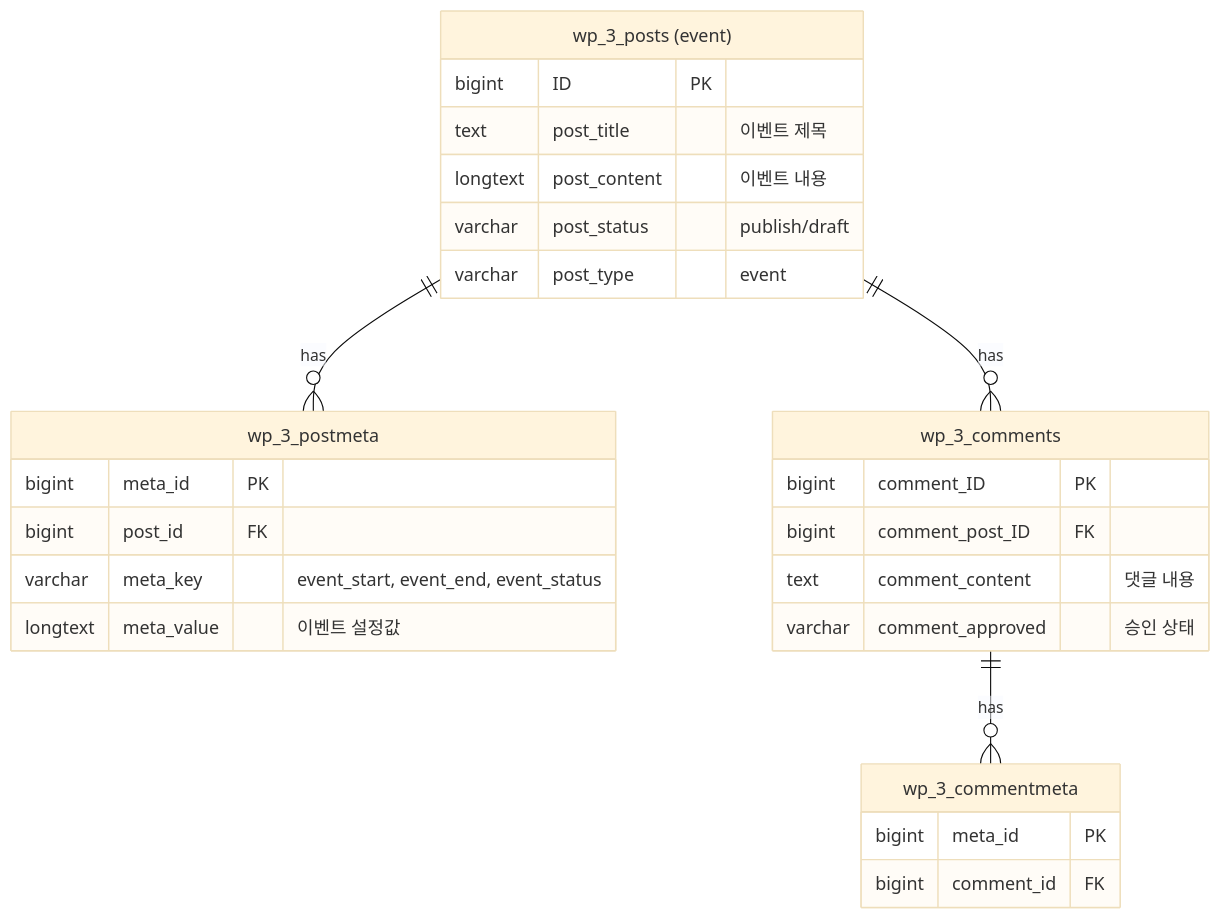
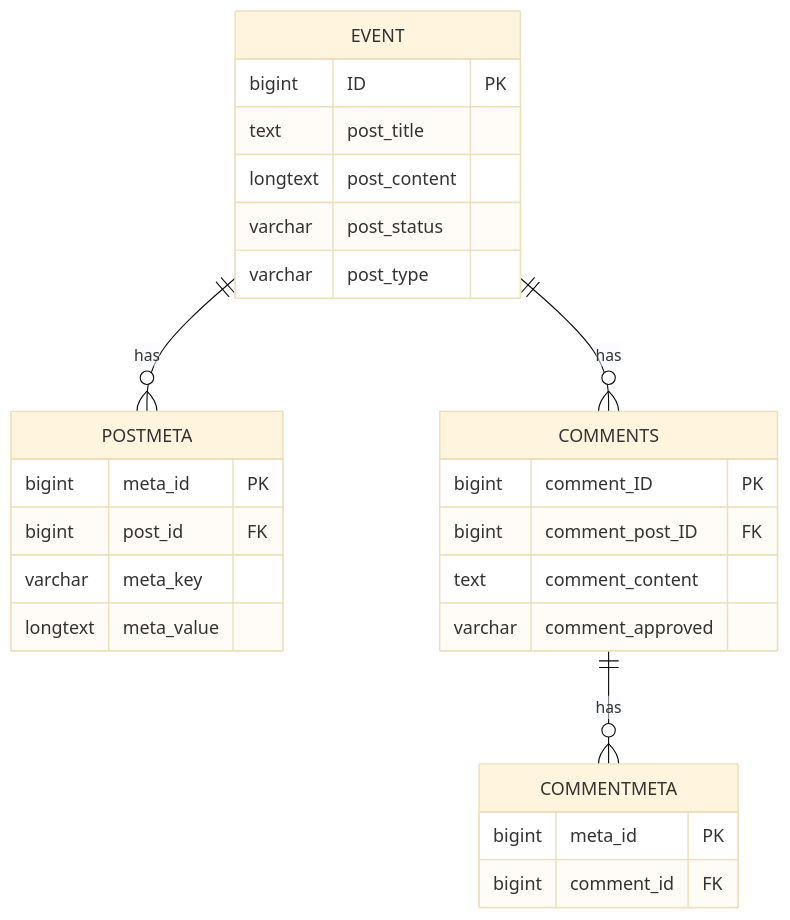
The fourth of 15 diagrams in src/content/docs/samhwa-musuem/specification/04-DB-ERD.md (sknkwoxs/manual-book), drawn with Mermaid (base theme) before and after one commit. The commit also changed other lines of this file and 16 other files, not shown here.

First line of the commit message:
docs(samhwa-musuem): add numbering system, update archive docs, fix mermaid ERD

````diff
--- a/src/content/docs/samhwa-musuem/specification/04-DB-ERD.md
+++ b/src/content/docs/samhwa-musuem/specification/04-DB-ERD.md
@@ -172,33 +168,33 @@
 ```mermaid
 erDiagram
     EVENT ||--o{ POSTMETA : "has"
     EVENT ||--o{ COMMENTS : "has"
     COMMENTS ||--o{ COMMENTMETA : "has"
 
-    EVENT["wp_3_posts (event)"] {
+    EVENT {
         bigint ID PK
-        text post_title "이벤트 제목"
-        longtext post_content "이벤트 내용"
-        varchar post_status "publish/draft"
-        varchar post_type "event"
+        text post_title
+        longtext post_content
+        varchar post_status
+        varchar post_type
     }
 
-    POSTMETA["wp_3_postmeta"] {
+    POSTMETA {
         bigint meta_id PK
         bigint post_id FK
-        varchar meta_key "event_start, event_end, event_status"
-        longtext meta_value "이벤트 설정값"
+        varchar meta_key
+        longtext meta_value
     }
 
-    COMMENTS["wp_3_comments"] {
+    COMMENTS {
         bigint comment_ID PK
         bigint comment_post_ID FK
-        text comment_content "댓글 내용"
-        varchar comment_approved "승인 상태"
+        text comment_content
+        varchar comment_approved
     }
 
-    COMMENTMETA["wp_3_commentmeta"] {
+    COMMENTMETA {
         bigint meta_id PK
         bigint comment_id FK
     }
 ```
````
